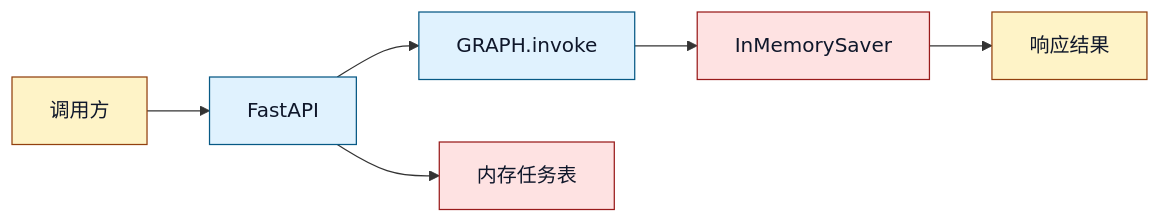
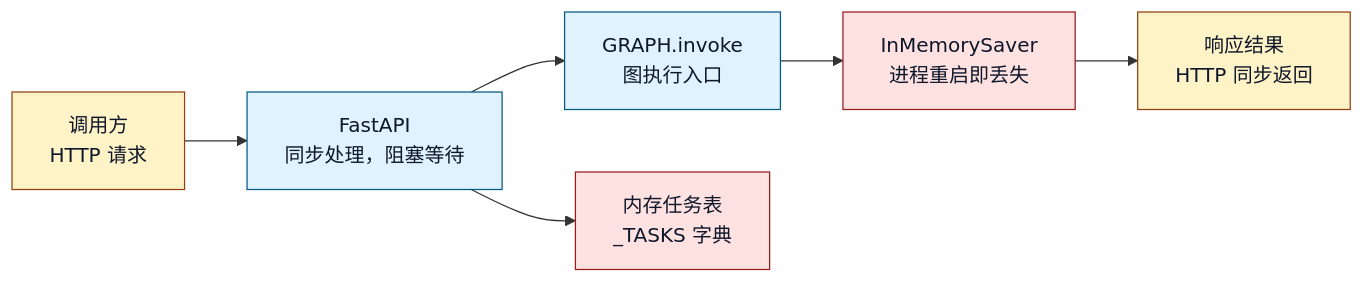
Before and after one commit to sealzrt/2026-08--agent: the sixth of 13 diagrams in ai-agent学习/06.LangGraph入门/16.LangGraph业务落地项目架构.md, drawn with Mermaid. The commit also changed other lines of this file and 13 other files, not shown here.

````diff
--- a/ai-agent学习/06.LangGraph入门/16.LangGraph业务落地项目架构.md
+++ b/ai-agent学习/06.LangGraph入门/16.LangGraph业务落地项目架构.md
@@ -194,14 +212,14 @@
 ```mermaid
 flowchart LR
-    Caller[调用方] --> FastAPI[FastAPI]
-    FastAPI --> Invoke[GRAPH.invoke]
-    Invoke --> Saver[InMemorySaver]
-    Saver --> Result[响应结果]
-    FastAPI --> Tasks[内存任务表]
+    Caller["调用方<br/>HTTP 请求"] --> FastAPI["FastAPI<br/>同步处理，阻塞等待"]
+    FastAPI --> Invoke["GRAPH.invoke<br/>图执行入口"]
+    Invoke --> Saver["InMemorySaver<br/>进程重启即丢失"]
+    Saver --> Result["响应结果<br/>HTTP 同步返回"]
+    FastAPI --> Tasks["内存任务表<br/>_TASKS 字典"]
     classDef biz fill:#fef3c7,stroke:#92400e,color:#0f172a
     classDef core fill:#e0f2fe,stroke:#075985,color:#0f172a
     classDef warn fill:#fee2e2,stroke:#991b1b,color:#0f172a
     class Caller,Result biz
     class FastAPI,Invoke core
     class Saver,Tasks warn
 ```
````
